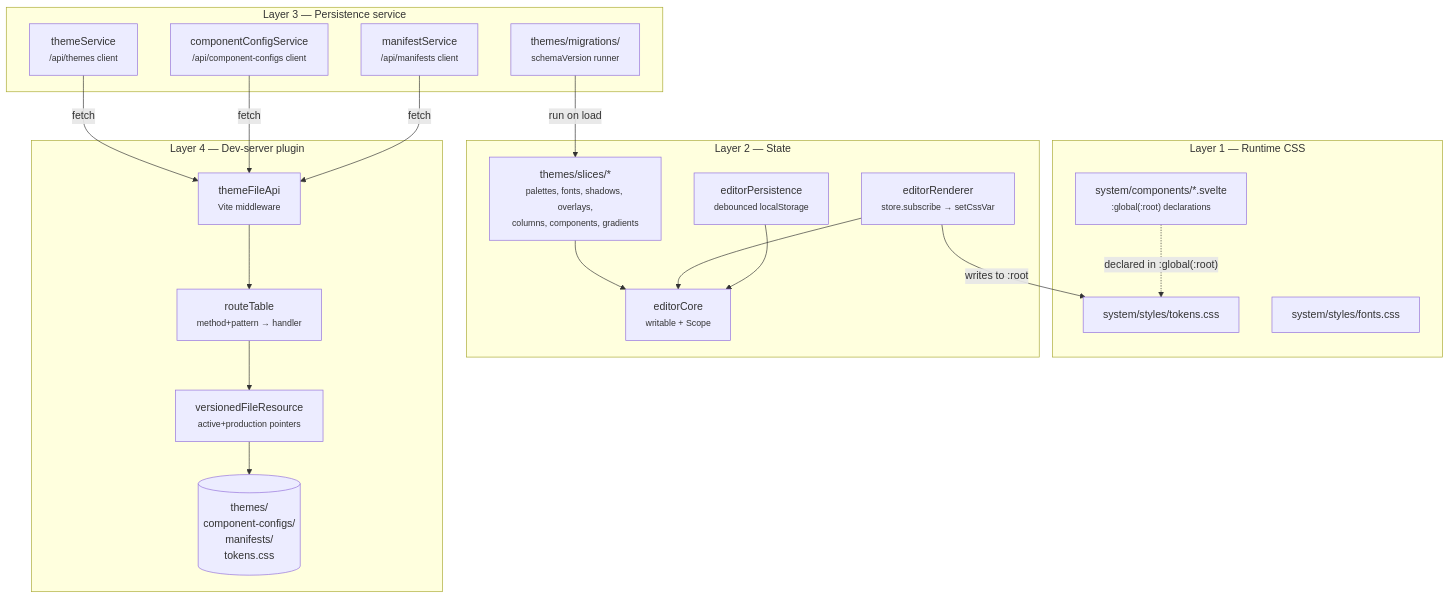
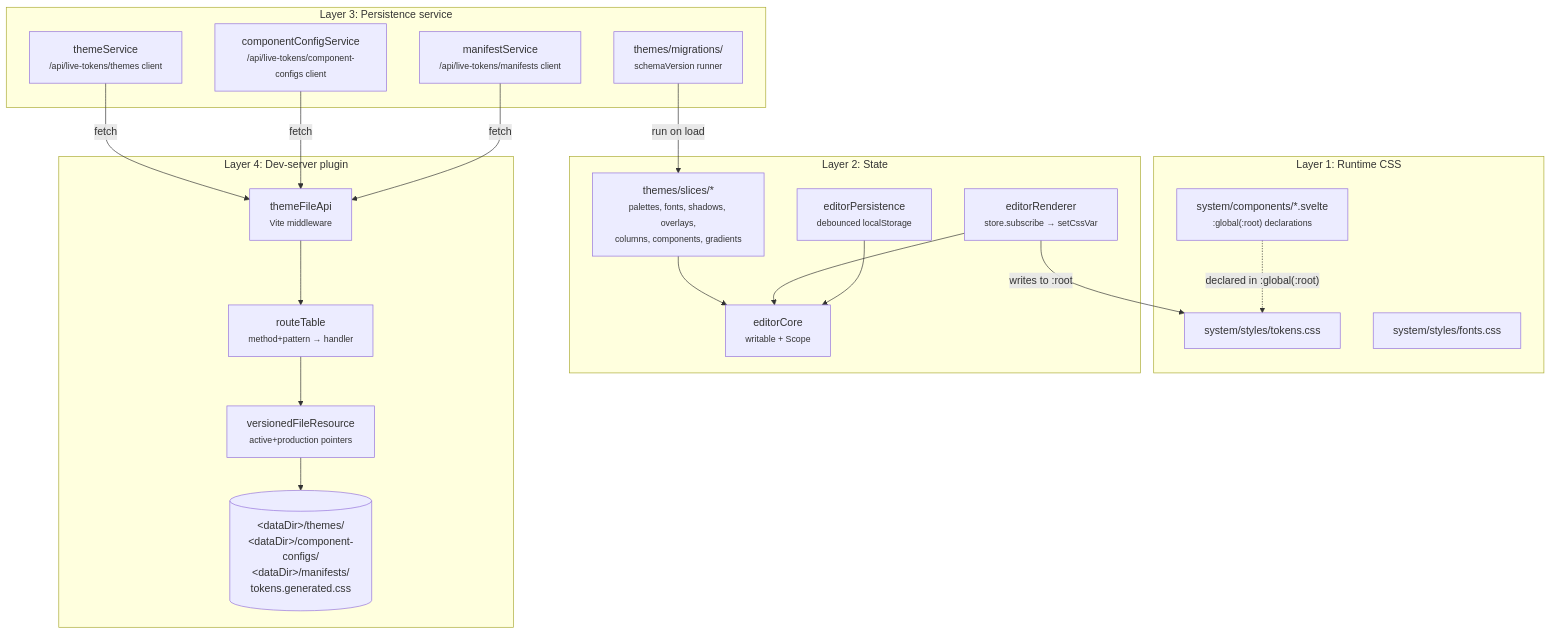
Before and after one commit to motionproto/live-tokens: the first of 6 diagrams in docs/02-architecture.md, drawn with Mermaid. The commit also changed other lines of this file and 30 other files, not shown here.

````diff
--- a/docs/02-architecture.md
+++ b/docs/02-architecture.md
@@ -8,40 +8,40 @@
 ```mermaid
 flowchart TB
-    subgraph L1["Layer 1 — Runtime CSS"]
+    subgraph L1["Layer 1: Runtime CSS"]
         TokensCss[system/styles/tokens.css]
         FontsCss[system/styles/fonts.css]
         Components["system/components/*.svelte<br/><small>:global(:root) declarations</small>"]
     end
 
-    subgraph L2["Layer 2 — State"]
+    subgraph L2["Layer 2: State"]
         Core["editorCore<br/><small>writable + Scope</small>"]
         Slices["themes/slices/*<br/><small>palettes, fonts, shadows, overlays,<br/>columns, components, gradients</small>"]
         Persist["editorPersistence<br/><small>debounced localStorage</small>"]
         Renderer["editorRenderer<br/><small>store.subscribe → setCssVar</small>"]
     end
 
-    subgraph L3["Layer 3 — Persistence service"]
-        ThemeSvc["themeService<br/><small>/api/themes client</small>"]
-        CompSvc["componentConfigService<br/><small>/api/component-configs client</small>"]
-        ManSvc["manifestService<br/><small>/api/manifests client</small>"]
+    subgraph L3["Layer 3: Persistence service"]
+        ThemeSvc["themeService<br/><small>/api/live-tokens/themes client</small>"]
+        CompSvc["componentConfigService<br/><small>/api/live-tokens/component-configs client</small>"]
+        ManSvc["manifestService<br/><small>/api/live-tokens/manifests client</small>"]
         Migrations["themes/migrations/<br/><small>schemaVersion runner</small>"]
     end
 
-    subgraph L4["Layer 4 — Dev-server plugin"]
+    subgraph L4["Layer 4: Dev-server plugin"]
         Plugin["themeFileApi<br/><small>Vite middleware</small>"]
         Routes["routeTable<br/><small>method+pattern → handler</small>"]
         VFR["versionedFileResource<br/><small>active+production pointers</small>"]
-        FS[("themes/<br/>component-configs/<br/>manifests/<br/>tokens.css")]
+        FS[("&lt;dataDir&gt;/themes/<br/>&lt;dataDir&gt;/component-configs/<br/>&lt;dataDir&gt;/manifests/<br/>tokens.generated.css")]
     end
 
     Components -. declared in :global(:root) .-> TokensCss
     Slices --> Core
     Renderer --> Core
     Renderer -- writes to :root --> TokensCss
     Persist --> Core
     ThemeSvc -- fetch --> Plugin
     CompSvc -- fetch --> Plugin
     ManSvc -- fetch --> Plugin
     Migrations -- run on load --> Slices
     Plugin --> Routes --> VFR --> FS
 ```
````
